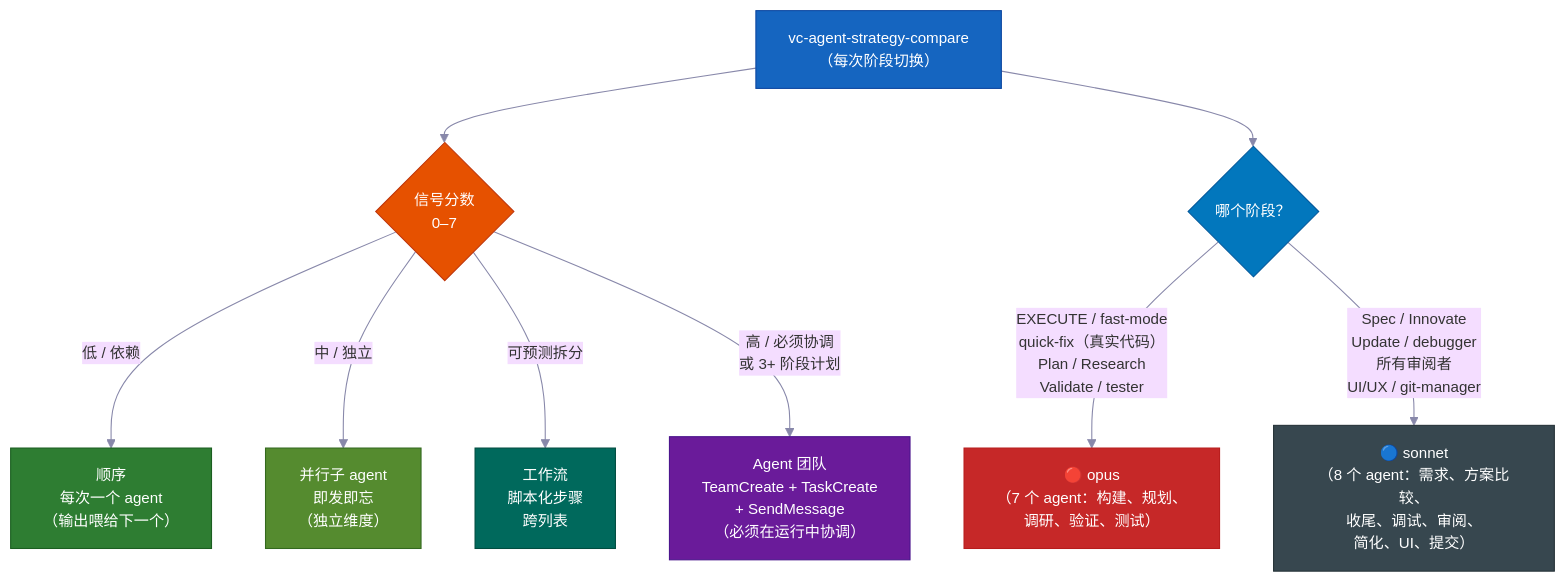
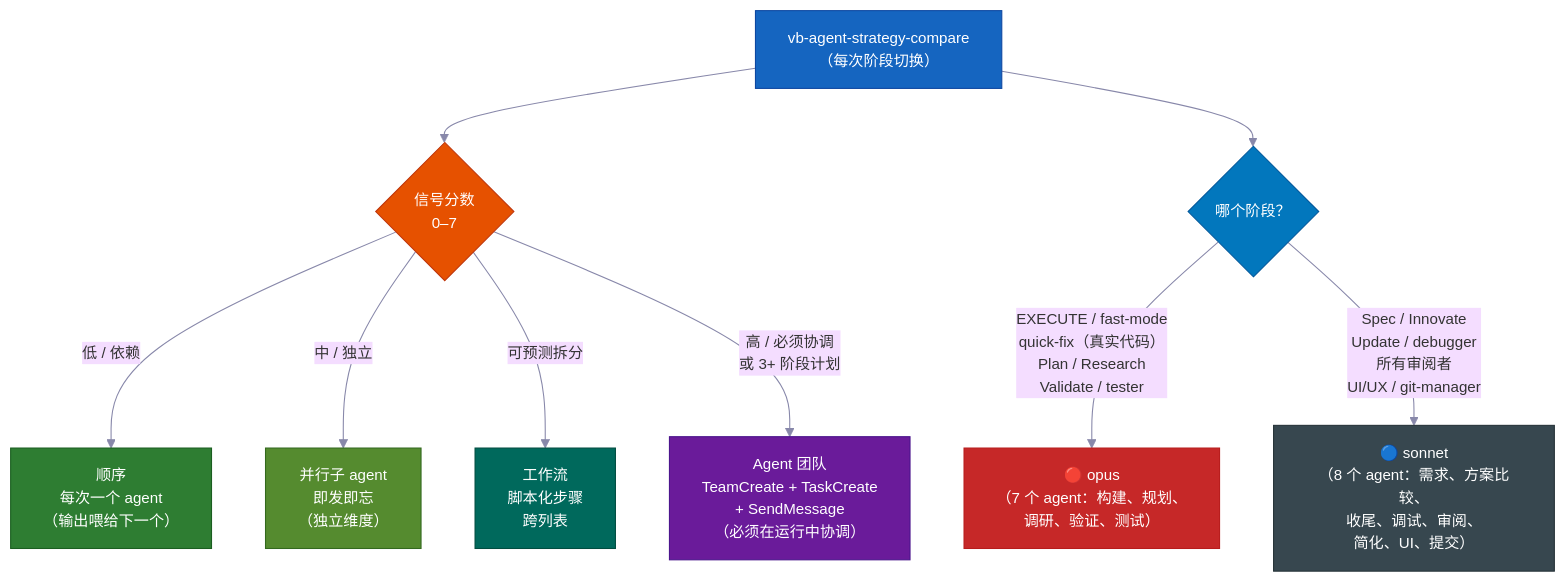
Before and after one commit to Tomwakeupat530amm/vibebelt-kit: the seventh of 14 diagrams in docs/i18n/README.zh-CN.md, drawn with Mermaid. The commit also changed other lines of this file and 646 other files, not shown here.

````diff
--- a/docs/i18n/README.zh-CN.md
+++ b/docs/i18n/README.zh-CN.md
@@ -845,32 +845,32 @@
 ```mermaid
 %%{init: {'theme': 'base', 'themeVariables': {'fontSize': '14px', 'lineColor': '#8888AA'}} }%%
 flowchart TD
-    SS["vc-agent-strategy-compare\n（每次阶段切换）"]
+    SS["vb-agent-strategy-compare\n（每次阶段切换）"]
     SC{"信号分数\n0–7"}
     SEQ["顺序\n每次一个 agent\n（输出喂给下一个）"]
     PAR["并行子 agent\n即发即忘\n（独立维度）"]
     WF["工作流\n脚本化步骤\n跨列表"]
     TEAM["Agent 团队\nTeamCreate + TaskCreate\n+ SendMessage\n（必须在运行中协调）"]
     MC{"哪个阶段？"}
     OPUS["🔴 opus\n（7 个 agent：构建、规划、\n调研、验证、测试）"]
     SONNET["🔵 sonnet\n（8 个 agent：需求、方案比较、\n收尾、调试、审阅、\n简化、UI、提交）"]
 
     SS --> SC
     SC -->|"低 / 依赖"| SEQ
     SC -->|"中 / 独立"| PAR
     SC -->|"可预测拆分"| WF
     SC -->|"高 / 必须协调\n或 3+ 阶段计划"| TEAM
     SS --> MC
     MC -->|"EXECUTE / fast-mode\nquick-fix（真实代码）\nPlan / Research\nValidate / tester"| OPUS
     MC -->|"Spec / Innovate\nUpdate / debugger\n所有审阅者\nUI/UX / git-manager"| SONNET
 
     style SS fill:#1565C0,stroke:#0D47A1,color:#FFFFFF
     style SC fill:#E65100,stroke:#BF360C,color:#FFFFFF
     style SEQ fill:#2E7D32,stroke:#1B5E20,color:#FFFFFF
     style PAR fill:#558B2F,stroke:#33691E,color:#FFFFFF
     style WF fill:#00695C,stroke:#004D40,color:#FFFFFF
     style TEAM fill:#6A1B9A,stroke:#4A148C,color:#FFFFFF
     style MC fill:#0277BD,stroke:#01579B,color:#FFFFFF
     style OPUS fill:#C62828,stroke:#B71C1C,color:#FFFFFF
     style SONNET fill:#37474F,stroke:#263238,color:#FFFFFF
 ```
````
